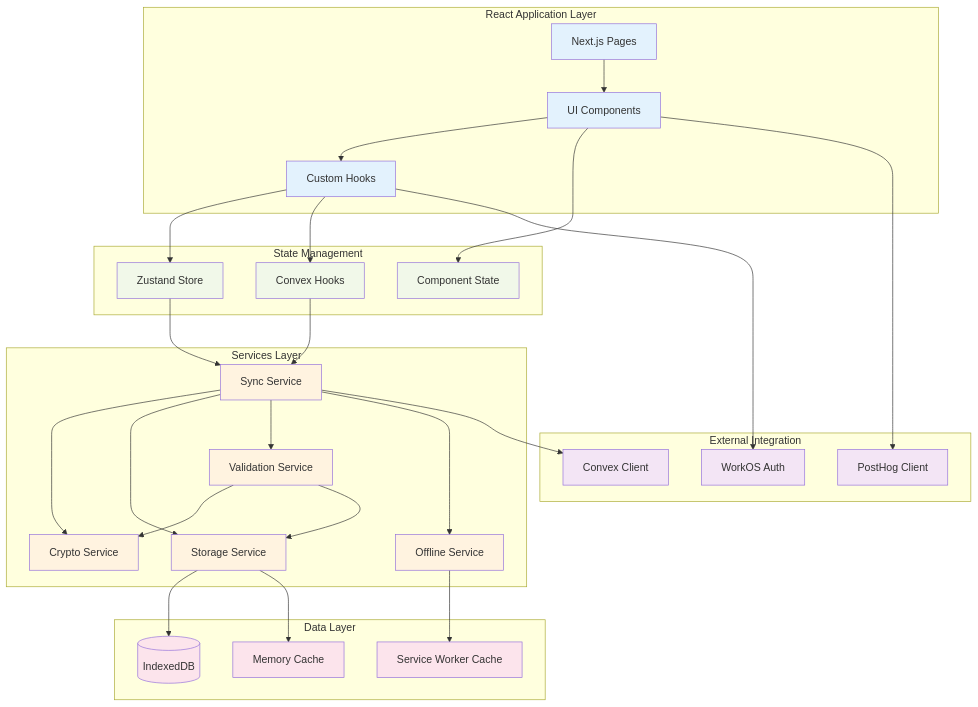
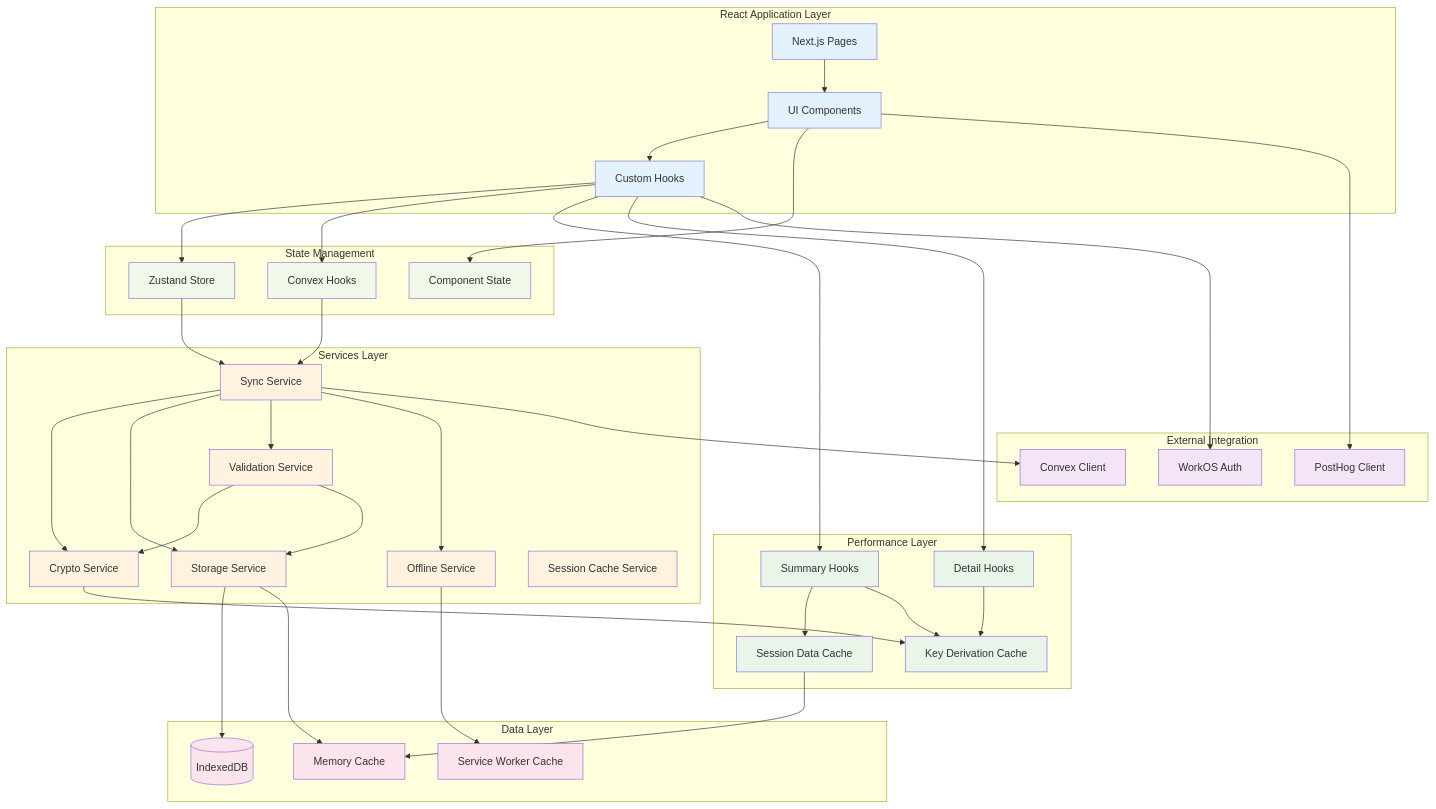
Before and after one commit to tcynic/compTrails: the fourth of 8 diagrams in context/architecture.md, drawn with Mermaid. The commit also changed other lines of this file, not shown here.

First line of the commit message:
Update architecture documentation to reflect performance optimization system

````diff
--- a/context/architecture.md
+++ b/context/architecture.md
@@ -115,6 +290,14 @@
         StorageService[Storage Service]
         ValidationService[Validation Service]
         OfflineService[Offline Service]
+        SessionCacheService[Session Cache Service]
+    end
+    
+    subgraph "Performance Layer"
+        KeyCache[Key Derivation Cache]
+        SessionDataCache[Session Data Cache]
+        SummaryHooks[Summary Hooks]
+        DetailHooks[Detail Hooks]
     end
     
     subgraph "Data Layer"
@@ -144,9 +327,17 @@
     ValidationService --> CryptoService
     ValidationService --> StorageService
     
+    Hooks --> SummaryHooks
+    Hooks --> DetailHooks
+    SummaryHooks --> SessionDataCache
+    SummaryHooks --> KeyCache
+    DetailHooks --> KeyCache
+    CryptoService --> KeyCache
+    
     StorageService --> IndexedDB
     StorageService --> MemoryCache
     OfflineService --> ServiceWorker
+    SessionDataCache --> MemoryCache
     
     SyncService --> ConvexClient
     Hooks --> WorkOSAuth
@@ -155,12 +346,14 @@
     classDef ui fill:#e3f2fd
     classDef state fill:#f1f8e9
     classDef service fill:#fff3e0
+    classDef performance fill:#e8f5e8
     classDef data fill:#fce4ec
     classDef external fill:#f3e5f5
     
     class Pages,Components,Hooks ui
     class Zustand,ConvexHooks,LocalState state
-    class SyncService,CryptoService,StorageService,ValidationService,OfflineService service
+    class SyncService,CryptoService,StorageService,ValidationService,OfflineService,SessionCacheService service
+    class KeyCache,SessionDataCache,SummaryHooks,DetailHooks performance
     class IndexedDB,MemoryCache,ServiceWorker data
     class ConvexClient,WorkOSAuth,PostHogClient external
 ```
````
